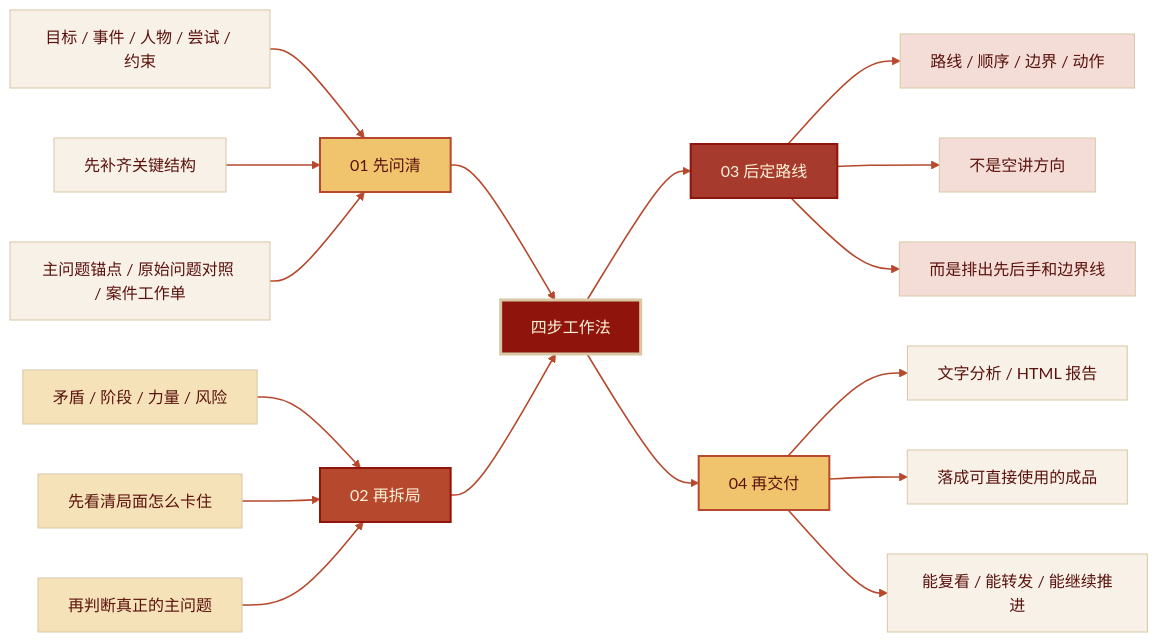
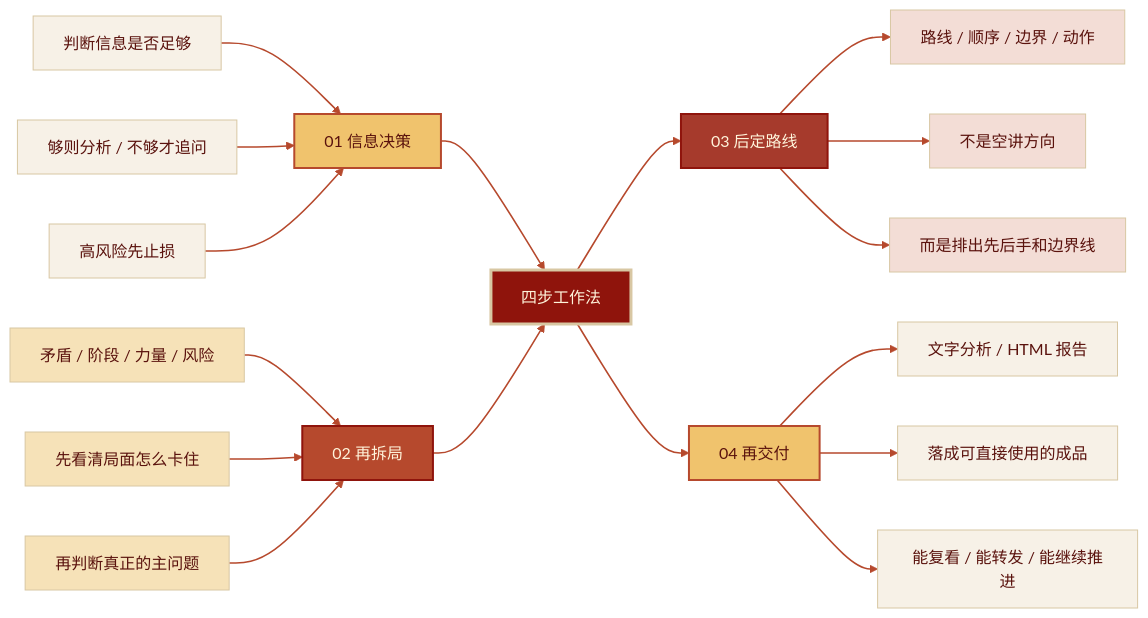
Before and after one commit to SamadhiFire/xinqingnian-maoxuan-skill: the diagram in README.md, drawn with Mermaid (forest theme). The commit also changed other lines of this file and 17 other files, not shown here.

````diff
--- a/README.md
+++ b/README.md
@@ -86,39 +104,39 @@
 ```mermaid
 flowchart LR
     A["四步工作法"]:::root
 
-    B["01 先问清"]:::stageGold
+    B["01 信息决策"]:::stageGold
     C["02 再拆局"]:::stageRed
     D["03 后定路线"]:::stageBrown
     E["04 再交付"]:::stageGold
 
-    B1["目标 / 事件 / 人物 / 尝试 / 约束"]:::leafCream --> B
-    B2["先补齐关键结构"]:::leafCream --> B
-    B3["主问题锚点 / 原始问题对照 / 案件工作单"]:::leafCream --> B
+    B1["判断信息是否足够"]:::leafCream --> B
+    B2["够则分析 / 不够才追问"]:::leafCream --> B
+    B3["高风险先止损"]:::leafCream --> B
 
     C1["矛盾 / 阶段 / 力量 / 风险"]:::leafWarm --> C
     C2["先看清局面怎么卡住"]:::leafWarm --> C
     C3["再判断真正的主问题"]:::leafWarm --> C
 
     B --> A
     C --> A
     A --> D
     A --> E
 
     D --> D1["路线 / 顺序 / 边界 / 动作"]:::leafRose
     D --> D2["不是空讲方向"]:::leafRose
     D --> D3["而是排出先后手和边界线"]:::leafRose
 
     E --> E1["文字分析 / HTML 报告"]:::leafCream
     E --> E2["落成可直接使用的成品"]:::leafCream
     E --> E3["能复看 / 能转发 / 能继续推进"]:::leafCream
 
     classDef root fill:#8f140c,color:#fff4db,stroke:#d8c7a3,stroke-width:3px;
     classDef stageGold fill:#f0c36d,color:#5a120d,stroke:#b6492d,stroke-width:2px;
     classDef stageRed fill:#b6492d,color:#fff4db,stroke:#8f140c,stroke-width:2px;
     classDef stageBrown fill:#a63a2c,color:#fff4db,stroke:#8f140c,stroke-width:2px;
     classDef leafCream fill:#f7f1e7,color:#5a120d,stroke:#d8c7a3,stroke-width:1px;
     classDef leafWarm fill:#f6e2b8,color:#5a120d,stroke:#d8c7a3,stroke-width:1px;
     classDef leafRose fill:#f3ddd6,color:#5a120d,stroke:#d8c7a3,stroke-width:1px;
     linkStyle default stroke:#b6492d,stroke-width:1.6px;
 ```
````
